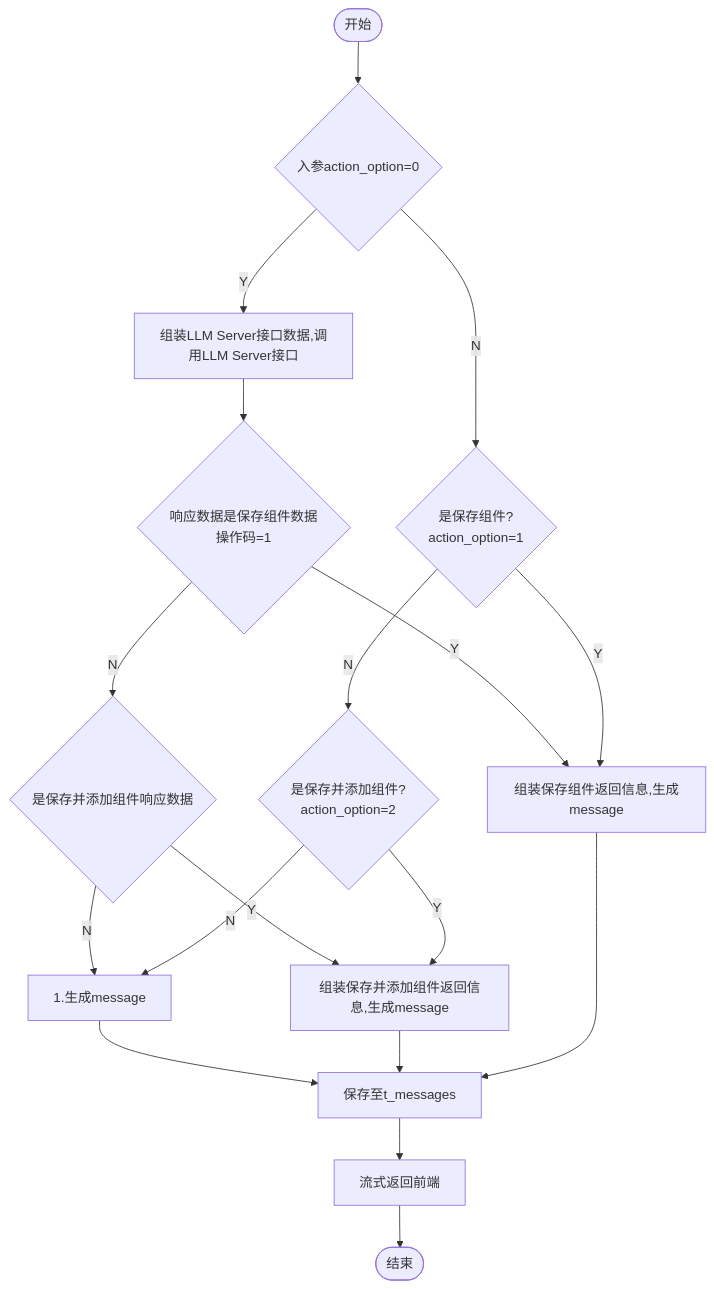
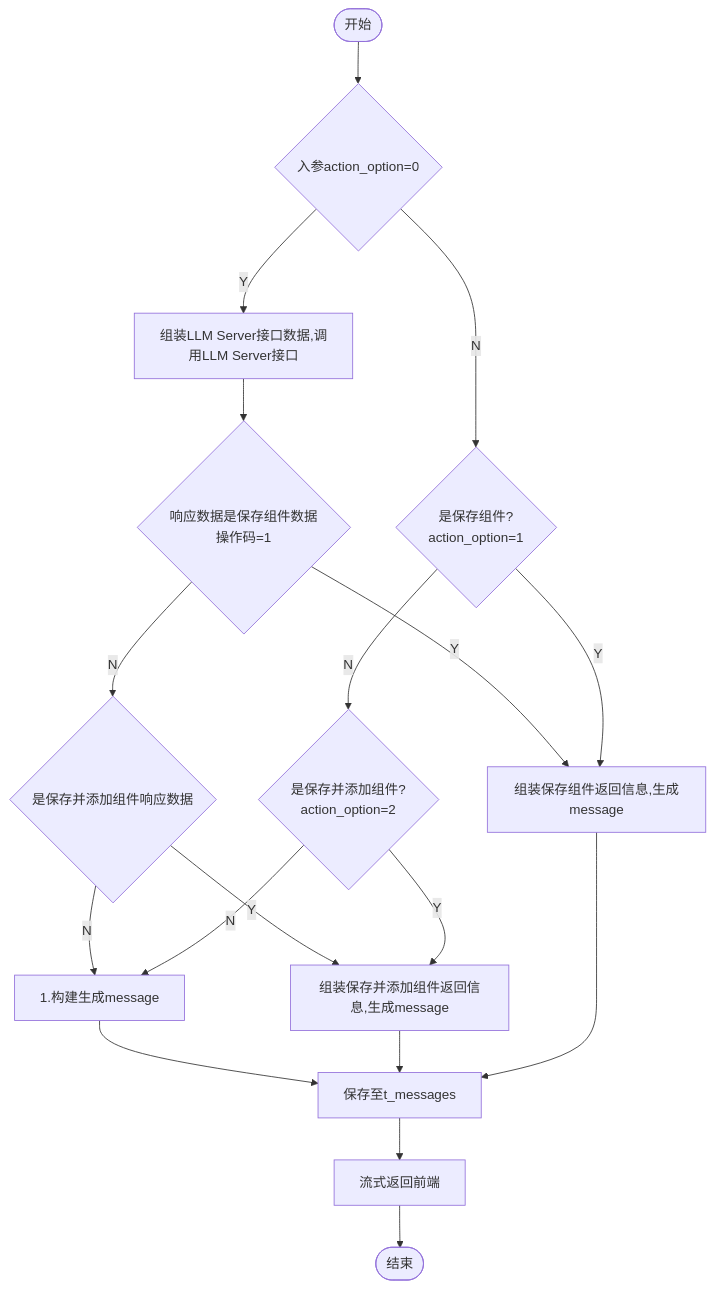
One commit to yingjianzh/iodraw-files changed the diagram in all/添加保存组件.md. Above: the diagram before and after it, drawn with Mermaid.

Commit message:
2024-10-15 15:28:38 update

````diff
--- a/all/添加保存组件.md
+++ b/all/添加保存组件.md
@@ -1,23 +1,23 @@
 ```mermaid
 flowchart TD
     A([开始]) --> B{入参action_option=0}
     B -- Y --> C[组装LLM Server接口数据,调用LLM Server接口]
     C --> E{响应数据是保存组件数据 \n 操作码=1}
     B -- N --> D{是保存组件? \n action_option=1}
     D -- N --> J{是保存并添加组件? \n action_option=2}
 
     E -- N --> L{是保存并添加组件响应数据}
     E -- Y --> F[组装保存组件返回信息,生成message]
     
-    L -- N --> R[1.生成message]
+    L -- N --> R[1.构建生成message]
     R --> G
     L -- Y --> K
     D -- Y --> F
     
     J -- Y --> K[组装保存并添加组件返回信息,生成message]
     K --> G
     J -- N --> R
     F --> G[保存至t_messages]
     G --> H[流式返回前端]
     H --> I([结束])
 ```
````
